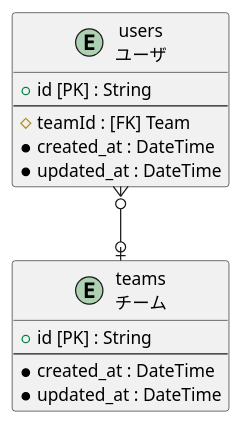
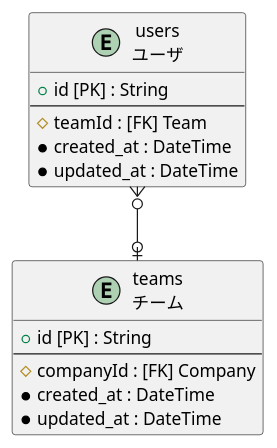
The second of 4 diagrams in tables.adoc (dbgso/asciidoc-publish-ghpages), drawn with PlantUML before and after one commit. The commit also changed other lines of this file and 10 other files, not shown here.

```diff
--- a/tables.adoc
+++ b/tables.adoc
@@ -46,25 +55,26 @@
 [plantuml,target=User,format=svg]
 ....
 @startuml User
 skinparam linetype ortho
 entity "users\nユーザ" as User {
 + id [PK] : String 
 --
   # teamId : [FK] Team
   * created_at : DateTime
   * updated_at : DateTime
 }
 
 entity "teams\nチーム" as Team {
 + id [PK] : String 
 --
+  # companyId : [FK] Company
   * created_at : DateTime
   * updated_at : DateTime
 }
 
 ' Relations
 User }o--o| Team
 ' ManyToMany Relations
 ' enum relations
 @enduml
 ....
```
